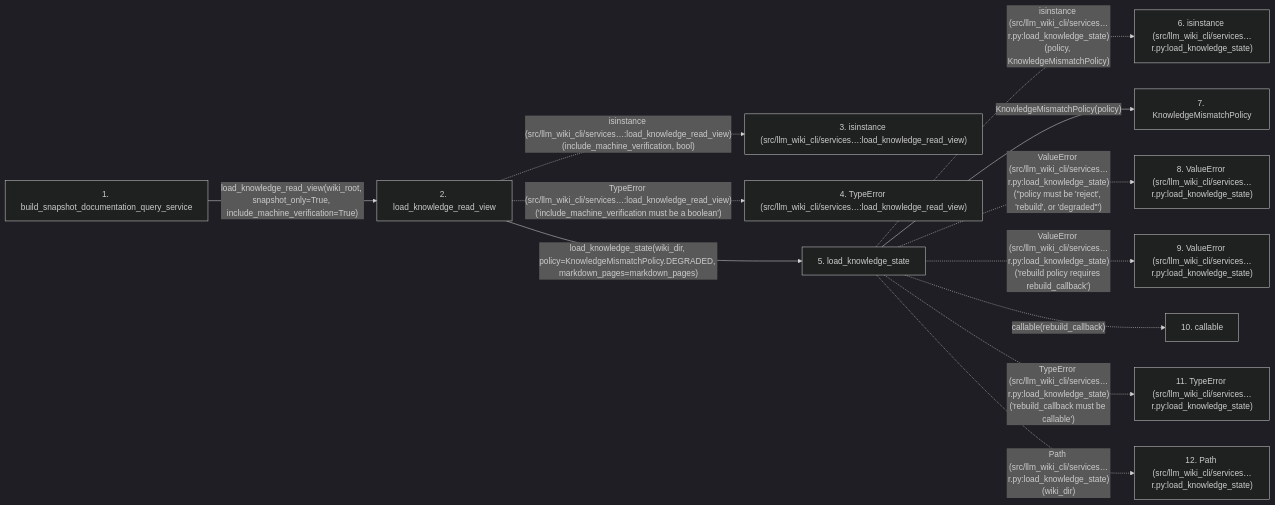
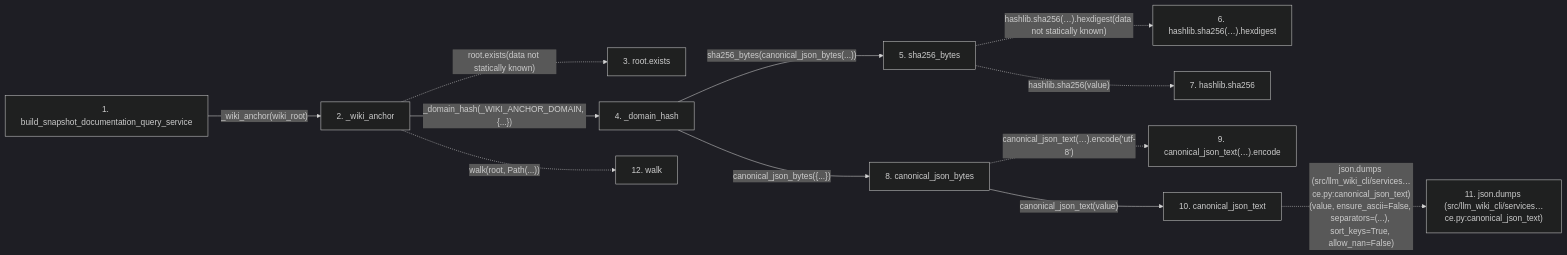
Before and after one commit to Denissvgn/python-wiki-llm: the second of 2 diagrams in docs/llm_wiki/flows/api-build_snapshot_documentation_query_service.md, drawn with Mermaid (dark theme). The commit also changed other lines of this file and 398 other files, not shown here.

````diff
--- a/docs/llm_wiki/flows/api-build_snapshot_documentation_query_service.md
+++ b/docs/llm_wiki/flows/api-build_snapshot_documentation_query_service.md
@@ -100,30 +103,32 @@
 ```mermaid
 flowchart LR
     s1["1. build_snapshot_documentation_query_service"]
-    s2["2. load_knowledge_read_view"]
-    s3["3. isinstance (src/llm_wiki_cli/services…:load_knowledge_read_view)"]
-    s4["4. TypeError (src/llm_wiki_cli/services…:load_knowledge_read_view)"]
-    s5["5. load_knowledge_state"]
-    s6["6. isinstance (src/llm_wiki_cli/services…r.py:load_knowledge_state)"]
-    s7["7. KnowledgeMismatchPolicy"]
-    s8["8. ValueError (src/llm_wiki_cli/services…r.py:load_knowledge_state)"]
-    s9["9. ValueError (src/llm_wiki_cli/services…r.py:load_knowledge_state)"]
-    s10["10. callable"]
-    s11["11. TypeError (src/llm_wiki_cli/services…r.py:load_knowledge_state)"]
-    s12["12. Path (src/llm_wiki_cli/services…r.py:load_knowledge_state)"]
-    s1 -->|"load_knowledge_read_view(wiki_root, snapshot_only=True, include_machine_verification=True)"| s2
-    s2 -. "isinstance (src/llm_wiki_cli/services…:load_knowledge_read_view)(include_machine_verification, bool)" .-> s3
-    s2 -. "TypeError (src/llm_wiki_cli/services…:load_knowledge_read_view)('include_machine_verification must be a boolean')" .-> s4
-    s2 -->|"load_knowledge_state(wiki_dir, policy=KnowledgeMismatchPolicy.DEGRADED, markdown_pages=markdown_pages)"| s5
-    s5 -. "isinstance (src/llm_wiki_cli/services…r.py:load_knowledge_state)(policy, KnowledgeMismatchPolicy)" .-> s6
-    s5 -->|"KnowledgeMismatchPolicy(policy)"| s7
-    s5 -. "ValueError (src/llm_wiki_cli/services…r.py:load_knowledge_state)(#34;policy must be 'reject', 'rebuild', or 'degraded'#34;)" .-> s8
-    s5 -. "ValueError (src/llm_wiki_cli/services…r.py:load_knowledge_state)('rebuild policy requires rebuild_callback')" .-> s9
-    s5 -. "callable(rebuild_callback)" .-> s10
-    s5 -. "TypeError (src/llm_wiki_cli/services…r.py:load_knowledge_state)('rebuild_callback must be callable')" .-> s11
-    s5 -. "Path (src/llm_wiki_cli/services…r.py:load_knowledge_state)(wiki_dir)" .-> s12
+    s2["2. _wiki_anchor"]
+    s3["3. root.exists"]
+    s4["4. _domain_hash"]
+    s5["5. sha256_bytes"]
+    s6["6. hashlib.sha256(…).hexdigest"]
+    s7["7. hashlib.sha256"]
+    s8["8. canonical_json_bytes"]
+    s9["9. canonical_json_text(…).encode"]
+    s10["10. canonical_json_text"]
+    s11["11. json.dumps (src/llm_wiki_cli/services…ce.py:canonical_json_text)"]
+    s12["12. walk"]
+    s1 -->|"_wiki_anchor(wiki_root)"| s2
+    s2 -. "root.exists(data not statically known)" .-> s3
+    s2 -->|"_domain_hash(_WIKI_ANCHOR_DOMAIN, {...})"| s4
+    s4 -->|"sha256_bytes(canonical_json_bytes(...))"| s5
+    s5 -. "hashlib.sha256(…).hexdigest(data not statically known)" .-> s6
+    s5 -. "hashlib.sha256(value)" .-> s7
+    s4 -->|"canonical_json_bytes({...})"| s8
+    s8 -. "canonical_json_text(…).encode('utf-8')" .-> s9
+    s8 -->|"canonical_json_text(value)"| s10
+    s10 -. "json.dumps (src/llm_wiki_cli/services…ce.py:canonical_json_text)(value, ensure_ascii=False, separators=(...), sort_keys=True, allow_nan=False)" .-> s11
+    s2 -. "walk(root, Path(...))" .-> s12
     click s1 "../modules/documentation_query_builder.md"
-    click s2 "../modules/knowledge_consumption.md"
-    click s5 "../modules/knowledge_loader.md"
-    click s7 "../modules/knowledge_loader.md"
+    click s2 "../modules/context_packet.md"
+    click s4 "../modules/context_packet.md"
+    click s5 "../modules/knowledge_evidence.md"
+    click s8 "../modules/knowledge_evidence.md"
+    click s10 "../modules/knowledge_evidence.md"
 ```
````
